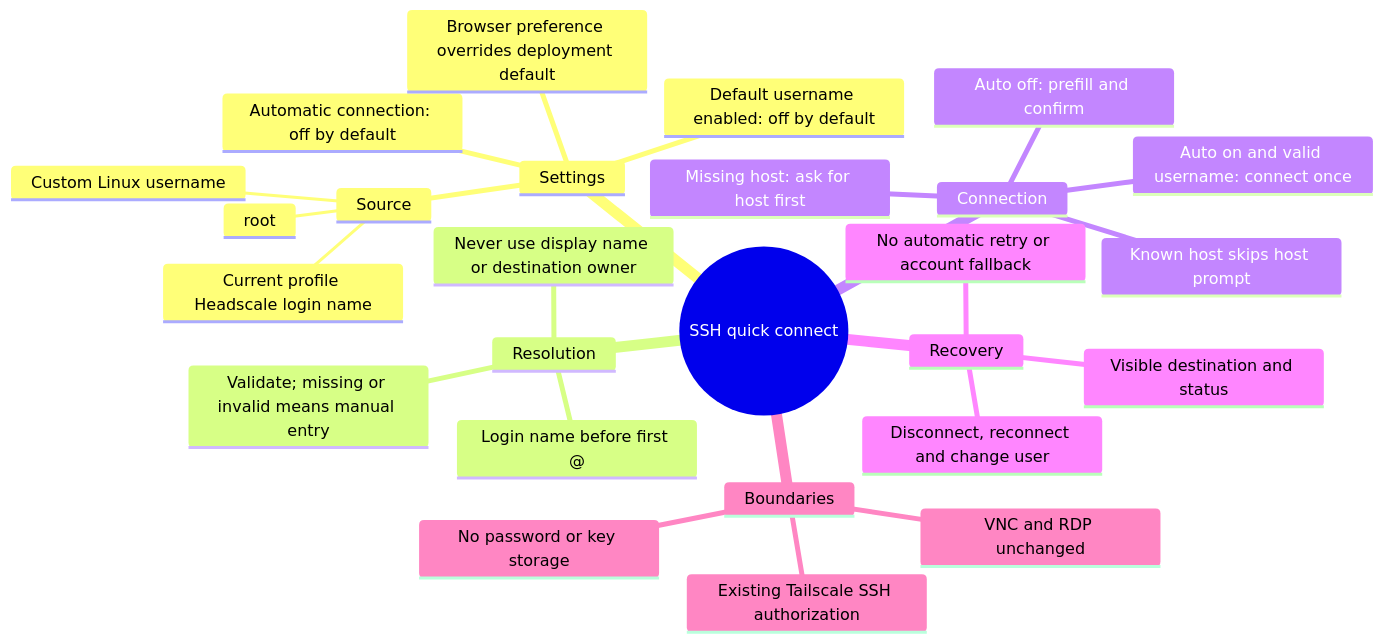
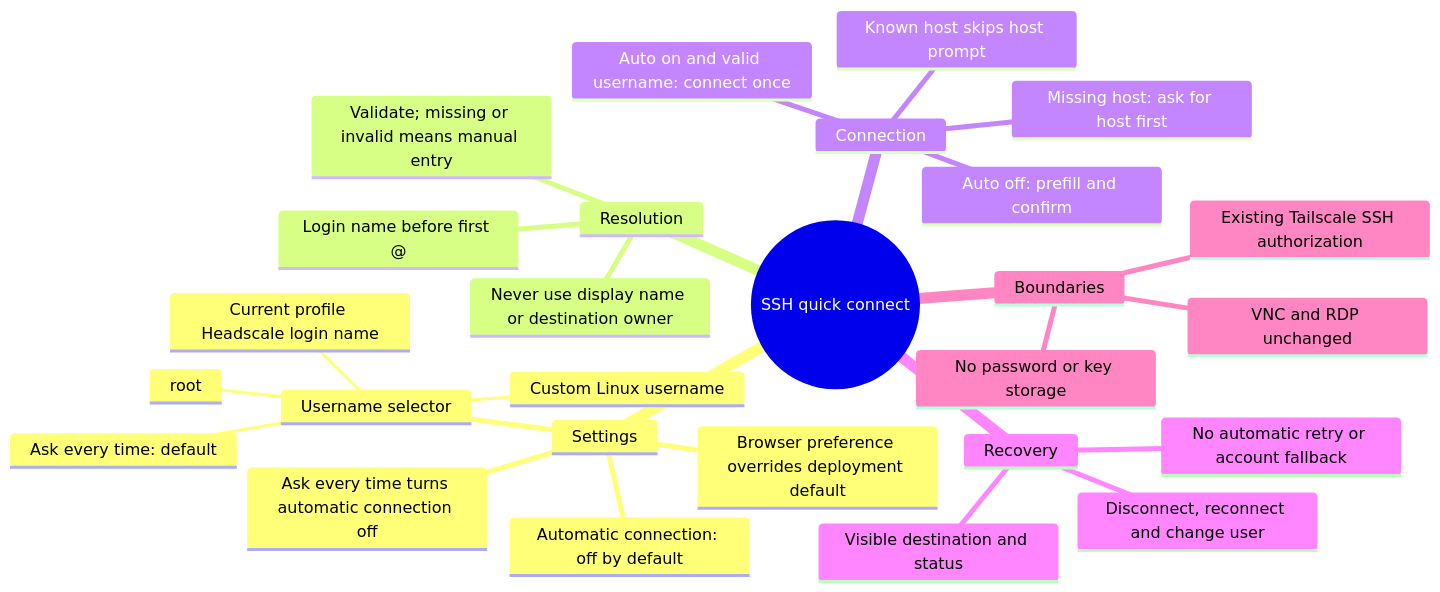
Before and after one commit to rickli-cloud/headscale-console: the diagram in docs/proposals/ssh-quick-connect/mindmap.mmd, drawn with Mermaid. The commit also changed 7 other files, not shown here.

```diff
--- a/docs/proposals/ssh-quick-connect/mindmap.mmd
+++ b/docs/proposals/ssh-quick-connect/mindmap.mmd
@@ -1,27 +1,28 @@
 mindmap
   root((SSH quick connect))
     Settings
-      Default username enabled: off by default
-      Source
+      Username selector
+        Ask every time: default
         Current profile Headscale login name
         root
         Custom Linux username
       Automatic connection: off by default
+      Ask every time turns automatic connection off
       Browser preference overrides deployment default
     Resolution
       Login name before first @
       Never use display name or destination owner
       Validate; missing or invalid means manual entry
     Connection
       Known host skips host prompt
       Auto on and valid username: connect once
       Auto off: prefill and confirm
       Missing host: ask for host first
     Recovery
       Visible destination and status
       Disconnect, reconnect and change user
       No automatic retry or account fallback
     Boundaries
       Existing Tailscale SSH authorization
       No password or key storage
       VNC and RDP unchanged
```
